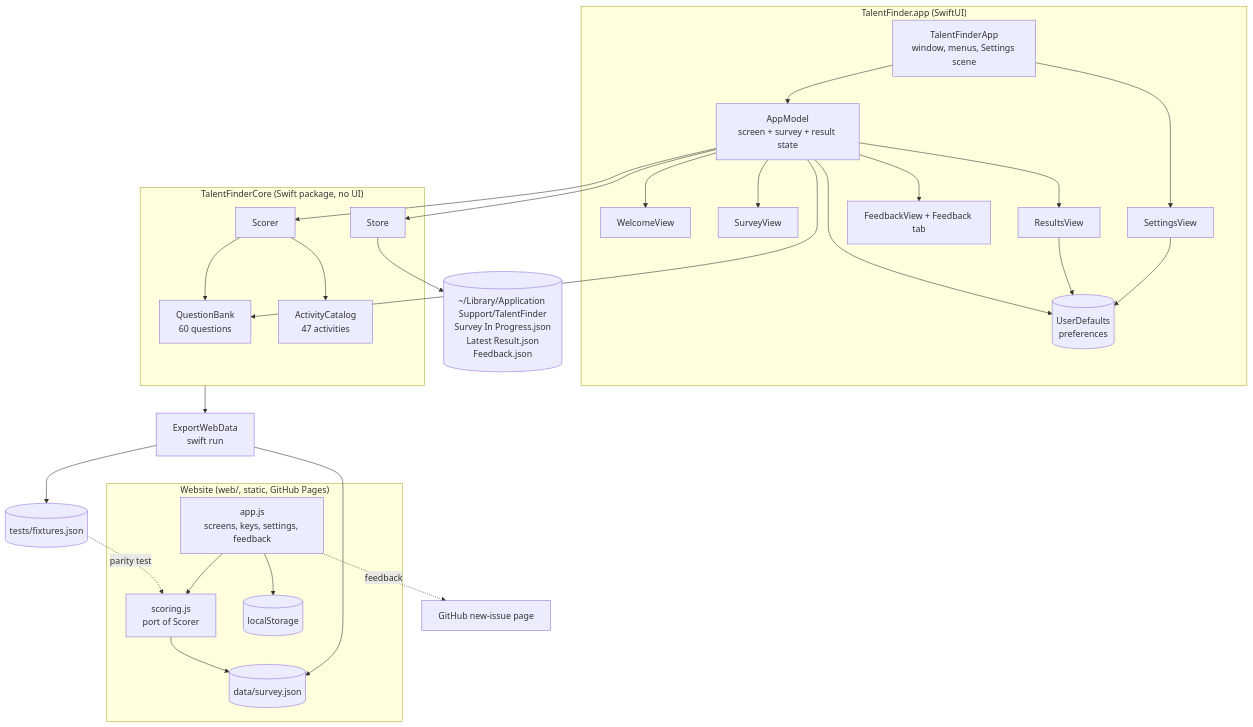
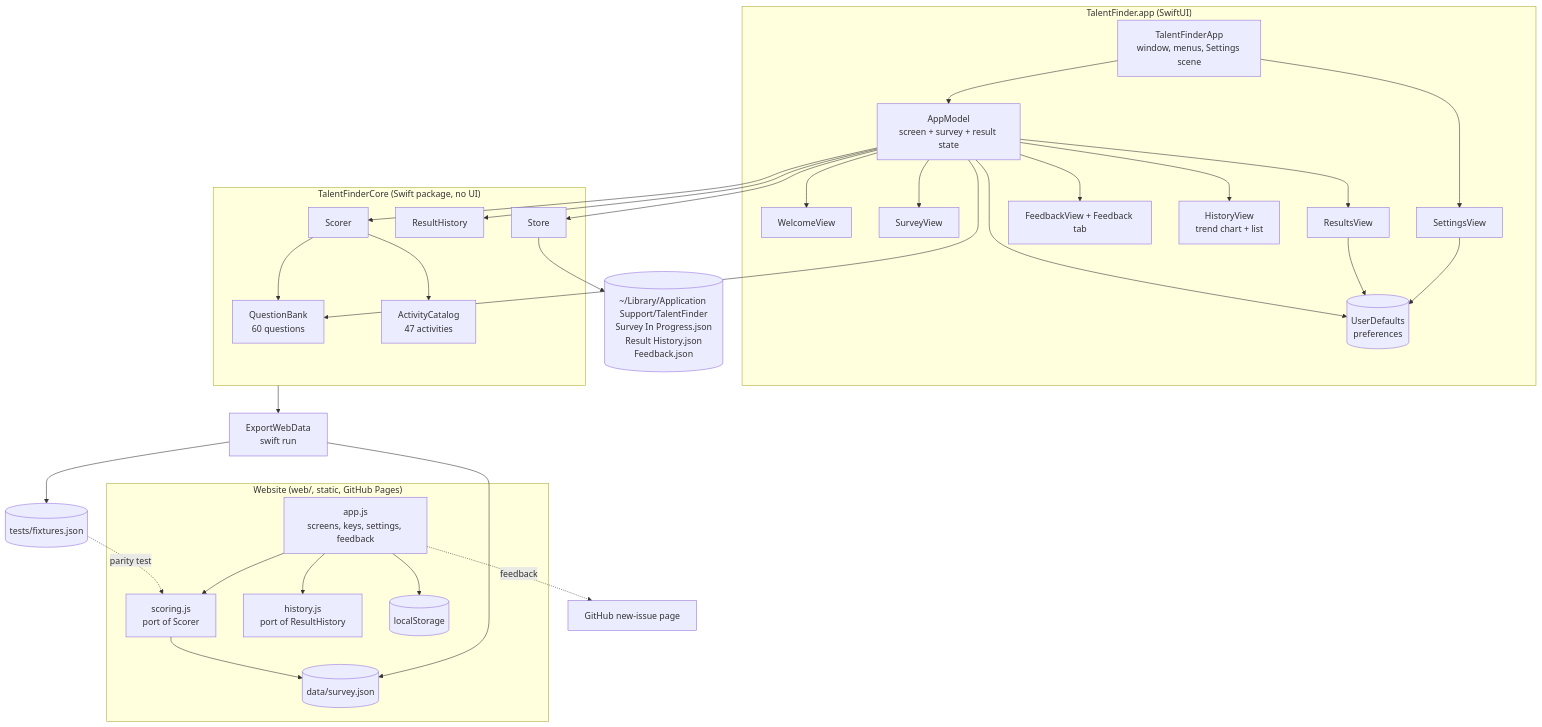
One commit to amalmehta/TalentFinder changed the diagram in docs/SYSTEM-DESIGN.md. Above: the diagram before and after it, drawn with Mermaid. The commit also changed other lines of this file and 25 other files, not shown here.

Commit message:
Add result history to the Mac app and website: past results, trend chart, change since last time

````diff
--- a/docs/SYSTEM-DESIGN.md
+++ b/docs/SYSTEM-DESIGN.md
@@ -7,44 +7,49 @@
 ```mermaid
 flowchart TB
     subgraph App["TalentFinder.app (SwiftUI)"]
         TA[TalentFinderApp<br/>window, menus, Settings scene]
         AM[AppModel<br/>screen + survey + result state]
         V1[WelcomeView]
         V2[SurveyView]
         V3[ResultsView]
         V4[SettingsView]
         V5[FeedbackView + Feedback tab]
+        V6[HistoryView<br/>trend chart + list]
         UD[(UserDefaults<br/>preferences)]
     end
     subgraph Core["TalentFinderCore (Swift package, no UI)"]
         QB[QuestionBank<br/>60 questions]
         AC[ActivityCatalog<br/>47 activities]
         SC[Scorer]
+        RH[ResultHistory]
         ST[Store]
     end
-    FS[("~/Library/Application Support/TalentFinder<br/>Survey In Progress.json<br/>Latest Result.json<br/>Feedback.json")]
+    FS[("~/Library/Application Support/TalentFinder<br/>Survey In Progress.json<br/>Result History.json<br/>Feedback.json")]
 
     TA --> AM
-    AM --> V1 & V2 & V3
+    AM --> V1 & V2 & V3 & V6
+    AM --> RH
     TA --> V4
     AM --> V5
     V4 & V3 & AM --> UD
     AM --> QB
     AM --> SC
     SC --> QB & AC
     AM --> ST --> FS
 
     subgraph Web["Website (web/, static, GitHub Pages)"]
         JA[app.js<br/>screens, keys, settings, feedback]
         JS[scoring.js<br/>port of Scorer]
+        JH[history.js<br/>port of ResultHistory]
         SJ[(data/survey.json)]
         LS[(localStorage)]
     end
     EX[ExportWebData<br/>swift run] --> SJ
     EX --> FX[(tests/fixtures.json)]
     Core --> EX
     JA --> JS --> SJ
+    JA --> JH
     JA --> LS
     JA -. feedback .-> GH[GitHub new-issue page]
     FX -. parity test .-> JS
 ```
````
